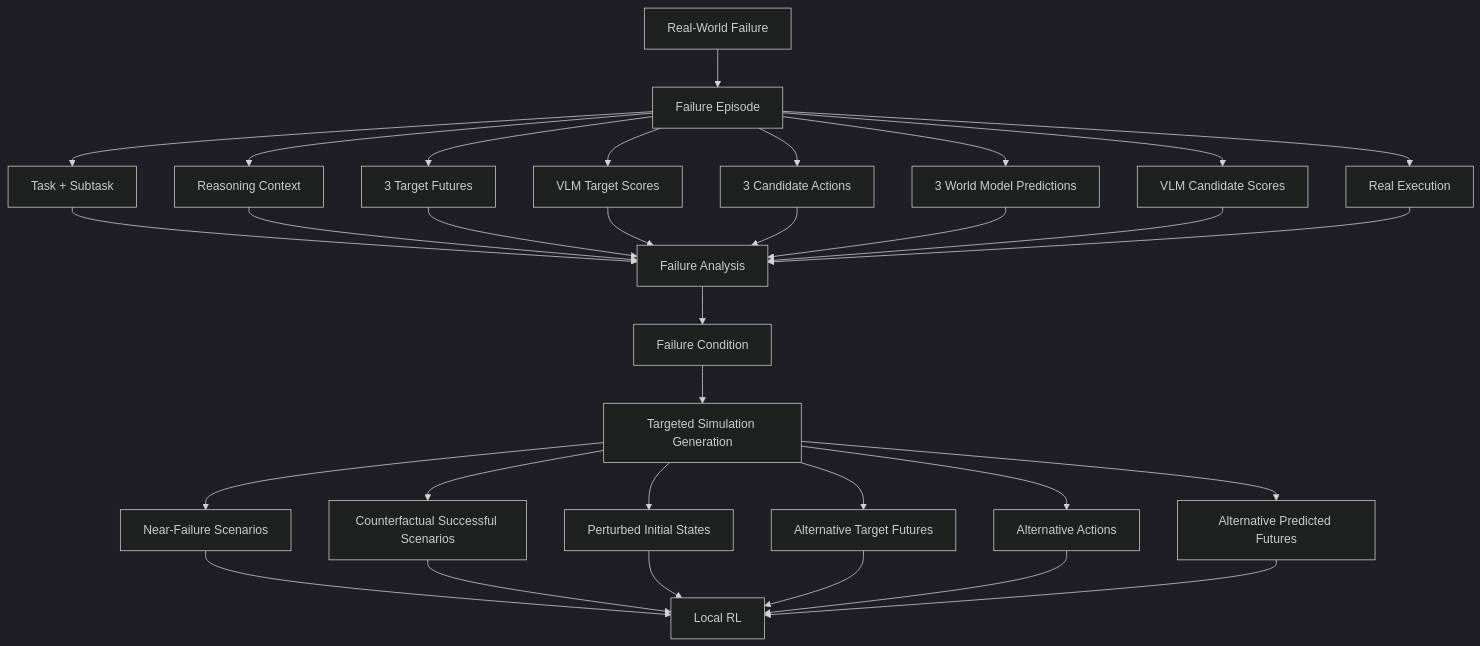
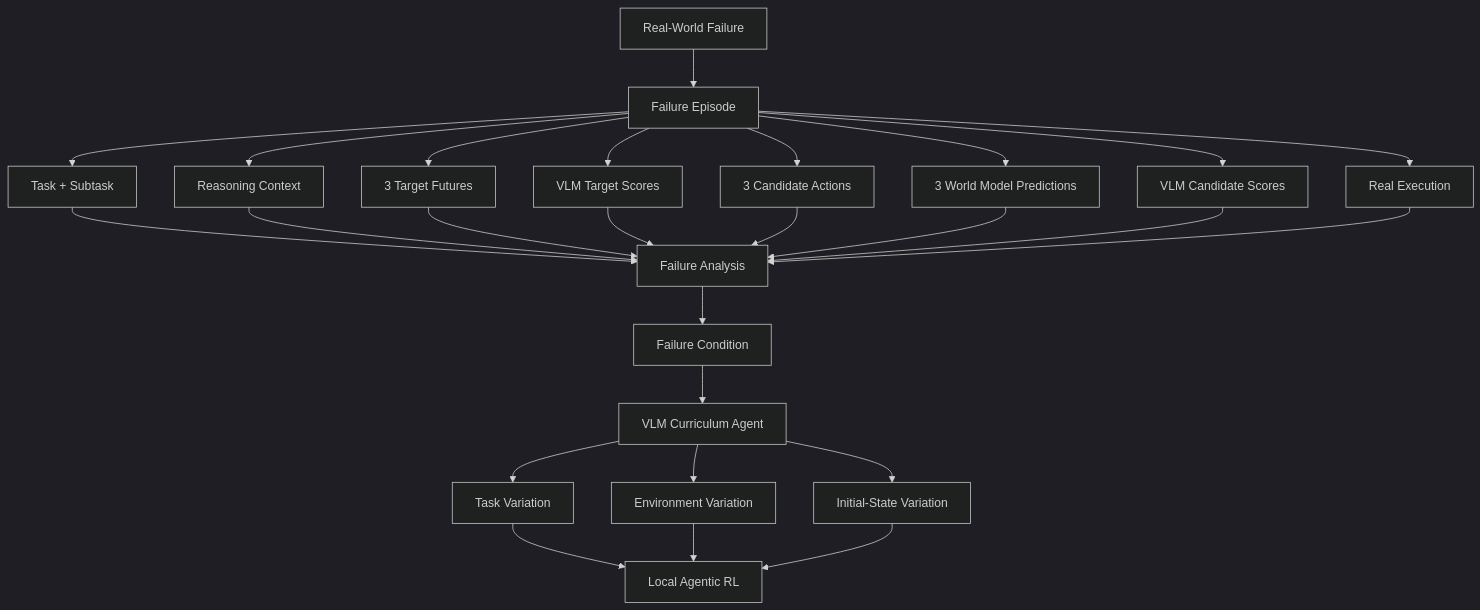
Before and after one commit to Freelunch-AI/freelunch-ide: the eighth of 11 diagrams in docs/specs/post-demo/lunch_robotics.md, drawn with Mermaid (dark theme). The commit also changed other lines of this file, not shown here.

````diff
--- a/docs/specs/post-demo/lunch_robotics.md
+++ b/docs/specs/post-demo/lunch_robotics.md
@@ -1533,40 +1992,34 @@
 ```mermaid
 flowchart TD
     A["Real-World Failure"] --> B["Failure Episode"]
 
     B --> C["Task + Subtask"]
     B --> D["Reasoning Context"]
     B --> E["3 Target Futures"]
     B --> F["VLM Target Scores"]
     B --> G["3 Candidate Actions"]
     B --> H["3 World Model Predictions"]
     B --> I["VLM Candidate Scores"]
     B --> J["Real Execution"]
 
     C --> K["Failure Analysis"]
     D --> K
     E --> K
     F --> K
     G --> K
     H --> K
     I --> K
     J --> K
 
     K --> L["Failure Condition"]
 
-    L --> M["Targeted Simulation Generation"]
+    L --> M["VLM Curriculum Agent"]
 
-    M --> N["Near-Failure Scenarios"]
-    M --> O["Counterfactual Successful Scenarios"]
-    M --> P["Perturbed Initial States"]
-    M --> Q["Alternative Target Futures"]
-    M --> R["Alternative Actions"]
-    M --> S["Alternative Predicted Futures"]
+    M --> N["Task Variation"]
+    M --> O["Environment Variation"]
+    M --> P["Initial-State Variation"]
 
-    N --> U["Local RL"]
-    O --> U
-    P --> U
-    Q --> U
-    R --> U
-    S --> U
+    N --> Q["Local Agentic RL"]
+    O --> Q
+    P --> Q
 ```
````
